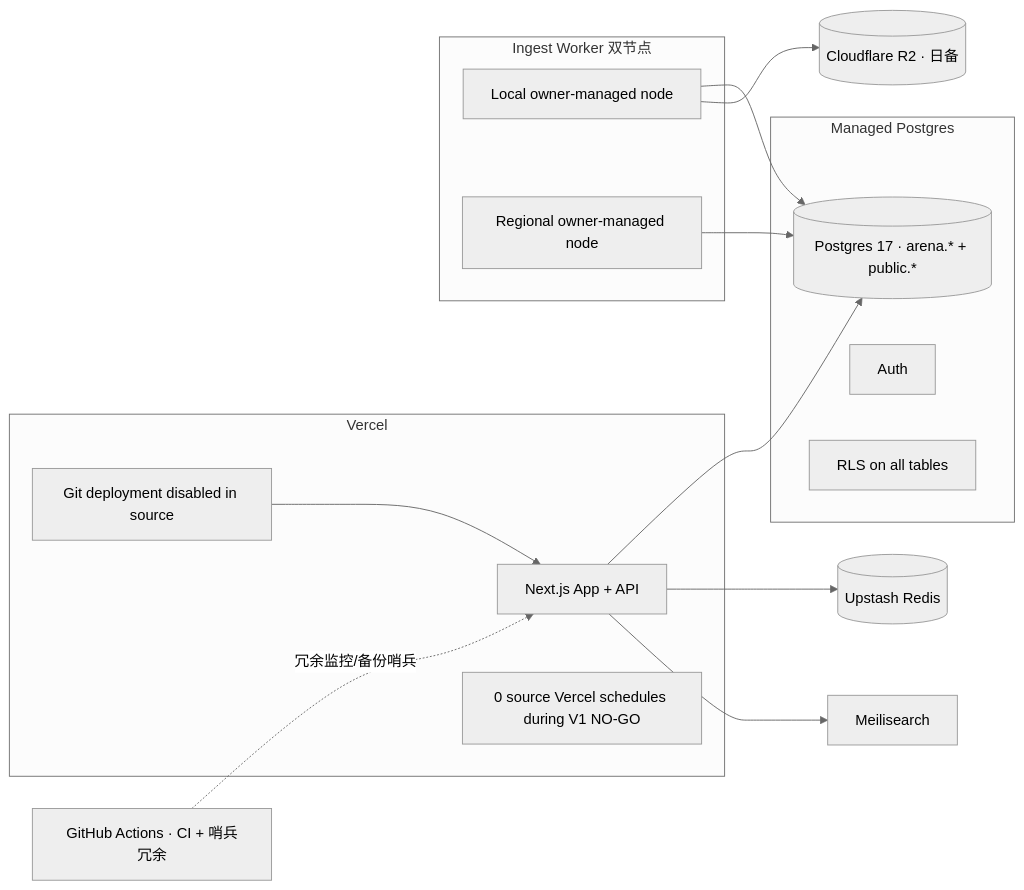
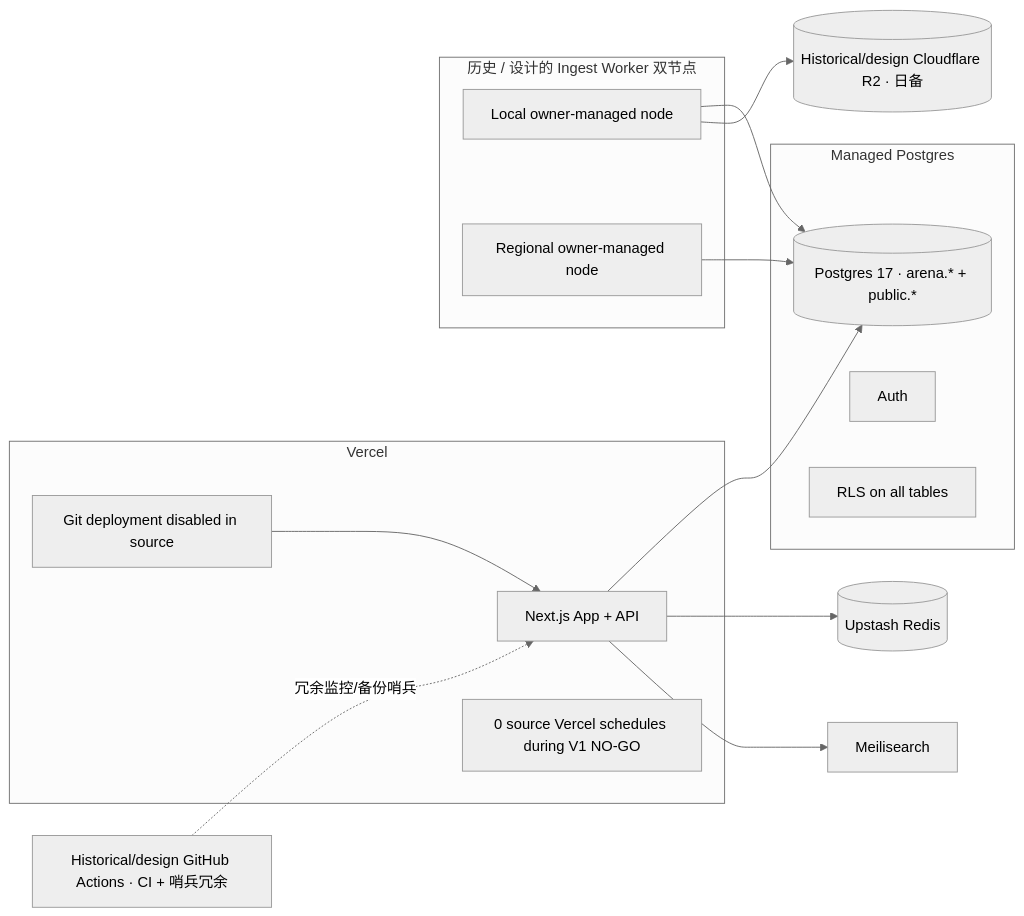
One commit to Adeline117/ranking-arena changed the third of 3 diagrams in docs/ARCHITECTURE.md. Above: the diagram before and after it, drawn with Mermaid (neutral theme). The commit also changed other lines of this file and 36 other files, not shown here.

````diff
--- a/docs/ARCHITECTURE.md
+++ b/docs/ARCHITECTURE.md
@@ -85,30 +94,30 @@
 ```mermaid
 graph LR
   subgraph Vercel[Vercel]
     APP[Next.js App + API]
     CRON[0 source Vercel schedules during V1 NO-GO]
     GATE[Git deployment disabled in source]
   end
   subgraph Supabase[Managed Postgres]
     PG[(Postgres 17 · arena.* + public.*)]
     AUTH[Auth]
     RLS[RLS on all tables]
   end
-  subgraph Nodes[Ingest Worker 双节点]
+  subgraph Nodes[历史 / 设计的 Ingest Worker 双节点]
     MM[Local owner-managed node]
     SG[Regional owner-managed node]
   end
   MEILI[Meilisearch]
   REDIS[(Upstash Redis)]
-  R2[(Cloudflare R2 · 日备)]
-  GH[GitHub Actions · CI + 哨兵冗余]
+  R2[(Historical/design Cloudflare R2 · 日备)]
+  GH[Historical/design GitHub Actions · CI + 哨兵冗余]
 
   APP --> PG
   APP --> REDIS
   APP --> MEILI
   MM --> PG
   SG --> PG
   MM --> R2
   GH -.冗余监控/备份哨兵.-> APP
   GATE --> APP
 ```
````
